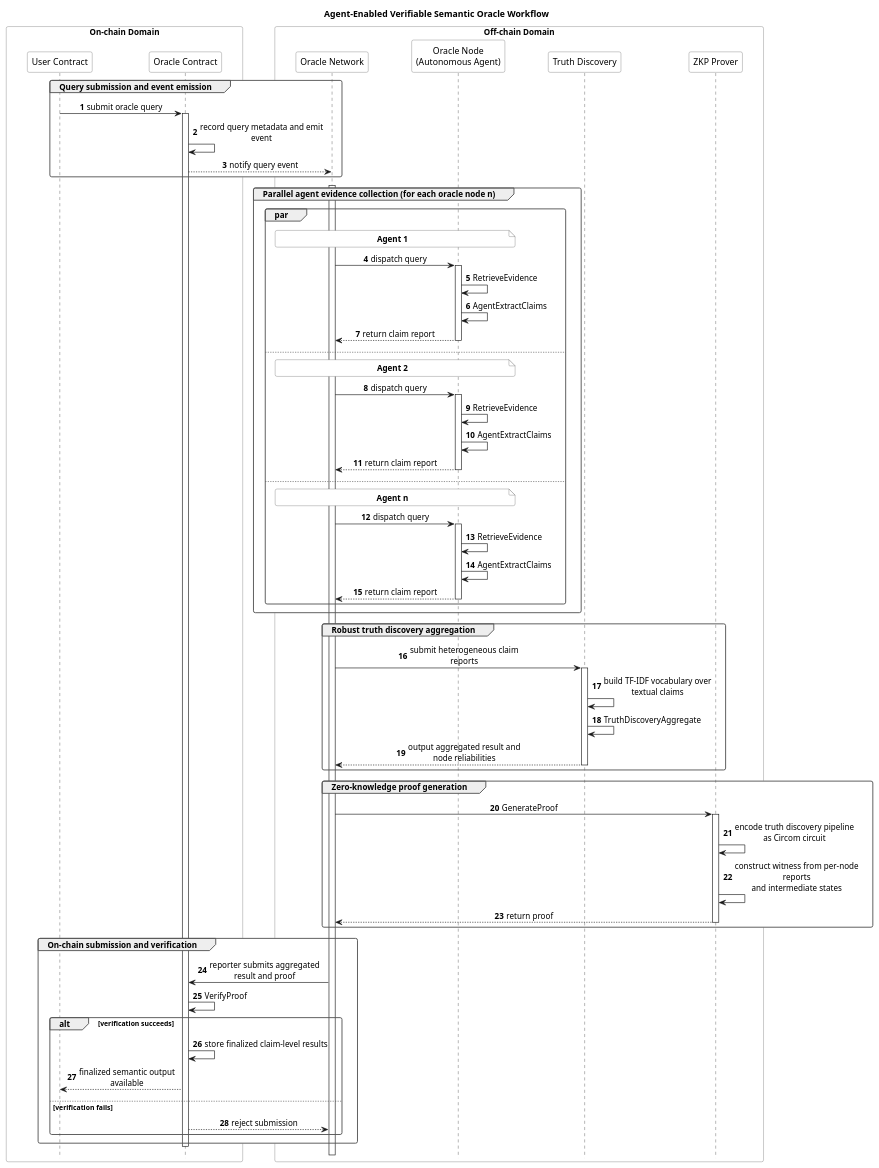
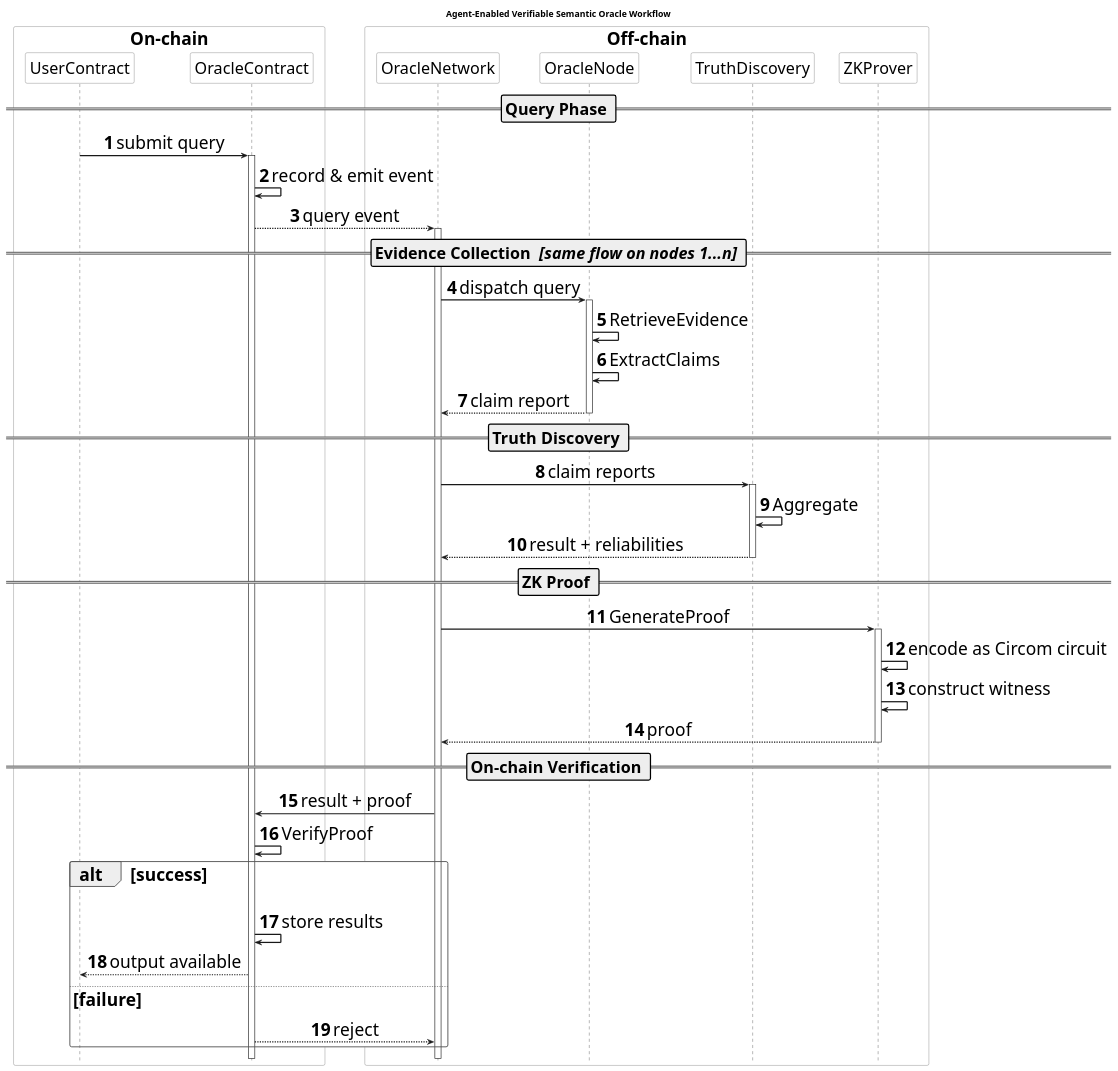
The diagram in decentralized_truth_discovery/result/figures/流程图.puml (koitoyuu3/TruthFinder), drawn with PlantUML before and after one commit. The commit also changed 206 other files, not shown here.

```diff
--- a/decentralized_truth_discovery/result/figures/流程图.puml
+++ b/decentralized_truth_discovery/result/figures/流程图.puml
@@ -1,108 +1,94 @@
 @startuml
 !pragma teoz true
 
 title Agent-Enabled Verifiable Semantic Oracle Workflow
 
 hide footbox
 autonumber
 
 skinparam backgroundColor white
 skinparam shadowing false
 skinparam sequenceMessageAlign center
 skinparam responseMessageBelowArrow true
-skinparam ParticipantPadding 30
-skinparam BoxPadding 12
-skinparam ArrowThickness 1
+skinparam ParticipantPadding 15
+skinparam BoxPadding 6
+skinparam ArrowThickness 2
 skinparam RoundCorner 6
 skinparam SequenceBoxBackgroundColor white
 skinparam SequenceBoxBorderColor #555555
 skinparam SequenceGroupBodyBackgroundColor white
 skinparam SequenceGroupBorderColor #555555
 skinparam ParticipantBackgroundColor white
 skinparam ParticipantBorderColor #555555
 skinparam NoteBackgroundColor white
 skinparam NoteBorderColor #555555
-skinparam SequenceMessageAlignment center
-skinparam MaxMessageSize 200
+skinparam MaxMessageSize 400
 
-box "On-chain Domain"
-participant "User Contract" as UC
-participant "Oracle Contract" as OC
+skinparam DefaultFontSize 28
+skinparam SequenceGroupFontSize 28
+skinparam SequenceTitleFontSize 32
+skinparam ParticipantFontSize 26
+skinparam NoteFontSize 26
+skinparam SequenceMessageFontSize 26
+skinparam SequenceBoxFontSize 26
+skinparam SequenceDividerFontSize 26
+
+box "On-chain"
+participant "UserContract" as UC
+participant "OracleContract" as OC
 end box
 
-box "Off-chain Domain"
-participant "Oracle Network" as Network
-participant "Oracle Node\n(Autonomous Agent)" as Agent
-participant "Truth Discovery" as TD
-participant "ZKP Prover" as Prover
+box "Off-chain"
+participant "OracleNetwork" as Net
+participant "OracleNode" as Ag
+participant "TruthDiscovery" as TD
+participant "ZKProver" as ZK
 end box
 
-group Query submission and event emission
-UC -> OC : submit oracle query
+== Query Phase ==
+
+UC -> OC : submit query
 activate OC
-OC -> OC : record query metadata and emit event
-OC --> Network : notify query event
-end
+OC -> OC : record & emit event
+OC --> Net : query event
+activate Net
 
-activate Network
+== Evidence Collection  //[same flow on nodes 1...n]// ==
 
-group Parallel agent evidence collection (for each oracle node n)
-par
-note over Network, Agent #FFFFFF: **Agent 1**
-Network -> Agent : dispatch query
-activate Agent
-Agent -> Agent : RetrieveEvidence
-Agent -> Agent : AgentExtractClaims
-Agent --> Network : return claim report
-deactivate Agent
-else
-note over Network, Agent #FFFFFF: **Agent 2**
-Network -> Agent : dispatch query
-activate Agent
-Agent -> Agent : RetrieveEvidence
-Agent -> Agent : AgentExtractClaims
-Agent --> Network : return claim report
-deactivate Agent
-else
-note over Network, Agent #FFFFFF: **Agent n**
-Network -> Agent : dispatch query
-activate Agent
-Agent -> Agent : RetrieveEvidence
-Agent -> Agent : AgentExtractClaims
-Agent --> Network : return claim report
-deactivate Agent
-end
-end
+Net -> Ag : dispatch query
+activate Ag
+Ag -> Ag : RetrieveEvidence
+Ag -> Ag : ExtractClaims
+Ag --> Net : claim report
+deactivate Ag
 
-group Robust truth discovery aggregation
-Network -> TD : submit heterogeneous claim reports
+== Truth Discovery ==
+
+Net -> TD : claim reports
 activate TD
-TD -> TD : build TF-IDF vocabulary over textual claims
-TD -> TD : TruthDiscoveryAggregate
-TD --> Network : output aggregated result and node reliabilities
+TD -> TD : Aggregate
+TD --> Net : result + reliabilities
 deactivate TD
-end
 
-group Zero-knowledge proof generation
-Network -> Prover : GenerateProof
-activate Prover
-Prover -> Prover : encode truth discovery pipeline as Circom circuit
-Prover -> Prover : construct witness from per-node reports\nand intermediate states
-Prover --> Network : return proof
-deactivate Prover
-end
+== ZK Proof ==
 
-group On-chain submission and verification
-Network -> OC : reporter submits aggregated result and proof
+Net -> ZK : GenerateProof
+activate ZK
+ZK -> ZK : encode as Circom circuit
+ZK -> ZK : construct witness
+ZK --> Net : proof
+deactivate ZK
+
+== On-chain Verification ==
+
+Net -> OC : result + proof
 OC -> OC : VerifyProof
-alt verification succeeds
-OC -> OC : store finalized claim-level results
-OC --> UC : finalized semantic output available
-else verification fails
-OC --> Network : reject submission
+alt success
+OC -> OC : store results
+OC --> UC : output available
+else failure
+OC --> Net : reject
 end
 deactivate OC
-end
-
-deactivate Network
+deactivate Net
 @enduml
```
